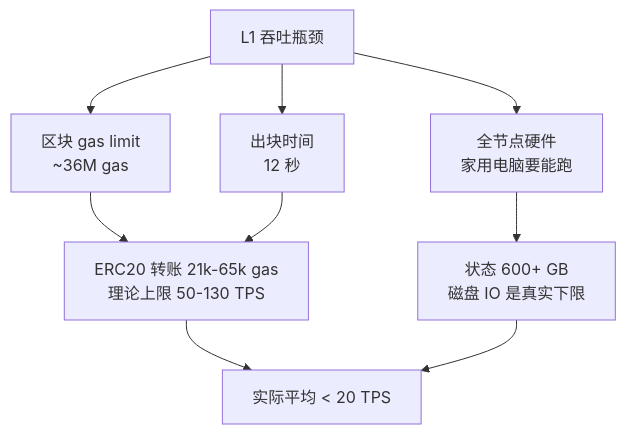
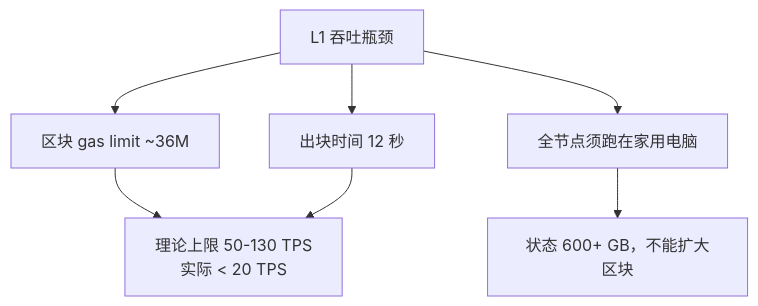
Before and after one commit to ChuwuYo/misc-files: the second of 13 diagrams in web3-engineer-guide/07-L2与扩容/README.md, drawn with Mermaid. The commit also changed other lines of this file and 211 other files, not shown here.

````diff
--- a/web3-engineer-guide/07-L2与扩容/README.md
+++ b/web3-engineer-guide/07-L2与扩容/README.md
@@ -48,11 +35,8 @@
 ```mermaid
 graph TD
-    A[L1 吞吐瓶颈] --> B[区块 gas limit<br>~36M gas]
-    A --> C[出块时间<br>12 秒]
-    A --> D[全节点硬件<br>家用电脑要能跑]
-    B --> E[ERC20 转账 21k-65k gas<br>理论上限 50-130 TPS]
-    C --> E
-    D --> F[状态 600+ GB<br>磁盘 IO 是真实下限]
-    E --> G[实际平均 < 20 TPS]
-    F --> G
+    A[L1 吞吐瓶颈] --> B[区块 gas limit ~36M]
+    A --> C[出块时间 12 秒]
+    A --> D[全节点须跑在家用电脑]
+    B & C --> E[理论上限 50-130 TPS<br>实际 < 20 TPS]
+    D --> F[状态 600+ GB，不能扩大区块]
 ```
````
